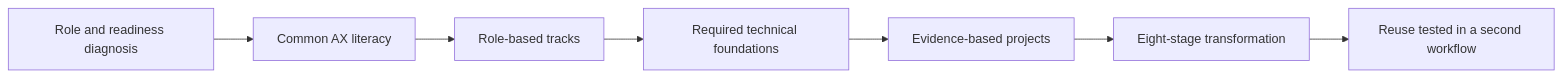
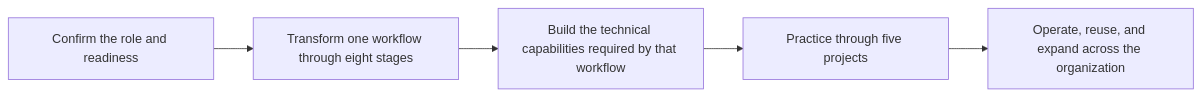
One commit to woogi-kang/ax-engineer-roadmap changed the diagram in en/research/roadmap-benchmark-review.md. Above: the diagram before and after it, drawn with Mermaid. The commit also changed other lines of this file and 91 other files, not shown here.

Commit message:
docs: make the roadmap AX Engineer focused

````diff
--- a/en/research/roadmap-benchmark-review.md
+++ b/en/research/roadmap-benchmark-review.md
@@ -94,9 +94,7 @@
 ```mermaid
 flowchart LR
-    A["Role and readiness diagnosis"] --> B["Common AX literacy"]
-    B --> C["Role-based tracks"]
-    C --> D["Required technical foundations"]
-    D --> E["Evidence-based projects"]
-    E --> F["Eight-stage transformation"]
-    F --> G["Reuse tested in a second workflow"]
+    A["Confirm the role and readiness"] --> B["Transform one workflow through eight stages"]
+    B --> C["Build the technical capabilities required by that workflow"]
+    C --> D["Practice through five projects"]
+    D --> E["Operate, reuse, and expand across the organization"]
 ```
````
